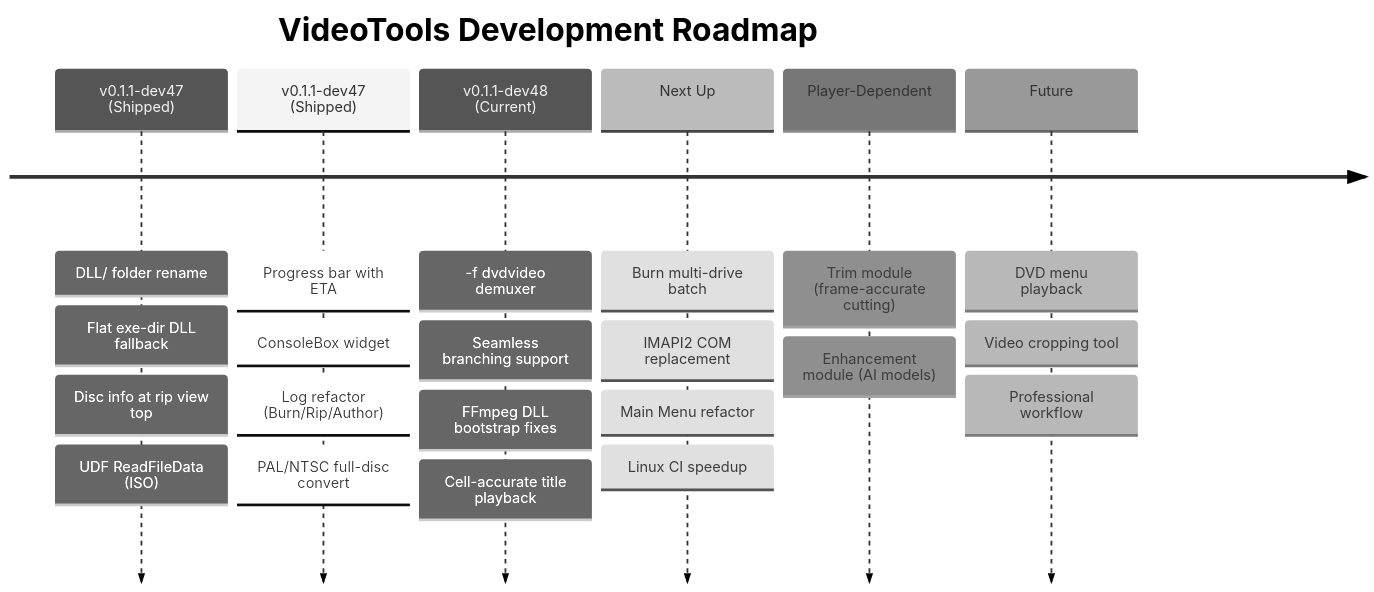
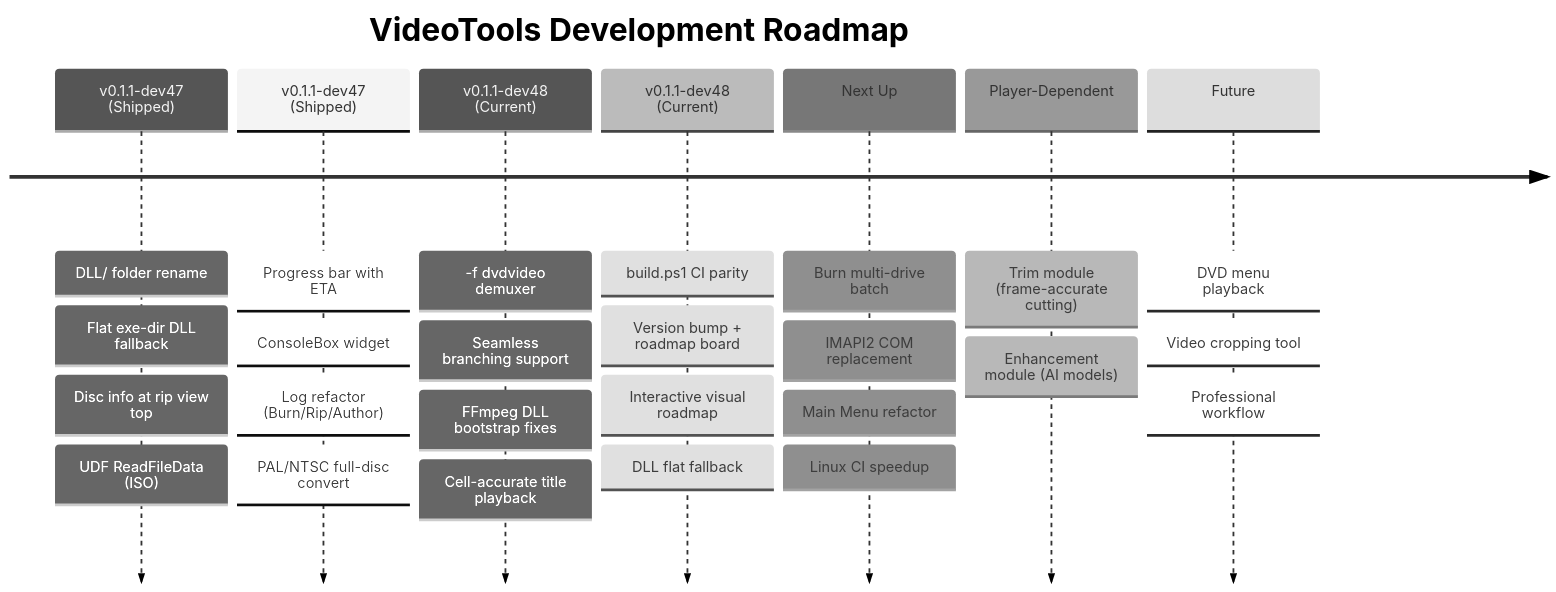
One commit to LeakTechnologies/VideoTools changed the diagram in docs/ROADMAP.md. Above: the diagram before and after it, drawn with Mermaid (neutral theme). The commit also changed other lines of this file and 1 other file, not shown here.

Commit message:
Roadmap: add Done (Untested) status, VT_Navy theme, module colour headers

````diff
--- a/docs/ROADMAP.md
+++ b/docs/ROADMAP.md
@@ -7,10 +7,11 @@
 ```mermaid
 timeline
     title VideoTools Development Roadmap
     v0.1.1-dev47 (Shipped) : DLL/ folder rename : Flat exe-dir DLL fallback : Disc info at rip view top : UDF ReadFileData (ISO)
     v0.1.1-dev47 (Shipped) : Progress bar with ETA : ConsoleBox widget : Log refactor (Burn/Rip/Author) : PAL/NTSC full-disc convert
     v0.1.1-dev48 (Current) : -f dvdvideo demuxer : Seamless branching support : FFmpeg DLL bootstrap fixes : Cell-accurate title playback
+    v0.1.1-dev48 (Current) : build.ps1 CI parity : Version bump + roadmap board : Interactive visual roadmap : DLL flat fallback
     Next Up : Burn multi-drive batch : IMAPI2 COM replacement : Main Menu refactor : Linux CI speedup
     Player-Dependent : Trim module (frame-accurate cutting) : Enhancement module (AI models)
     Future : DVD menu playback : Video cropping tool : Professional workflow
 ```
````
